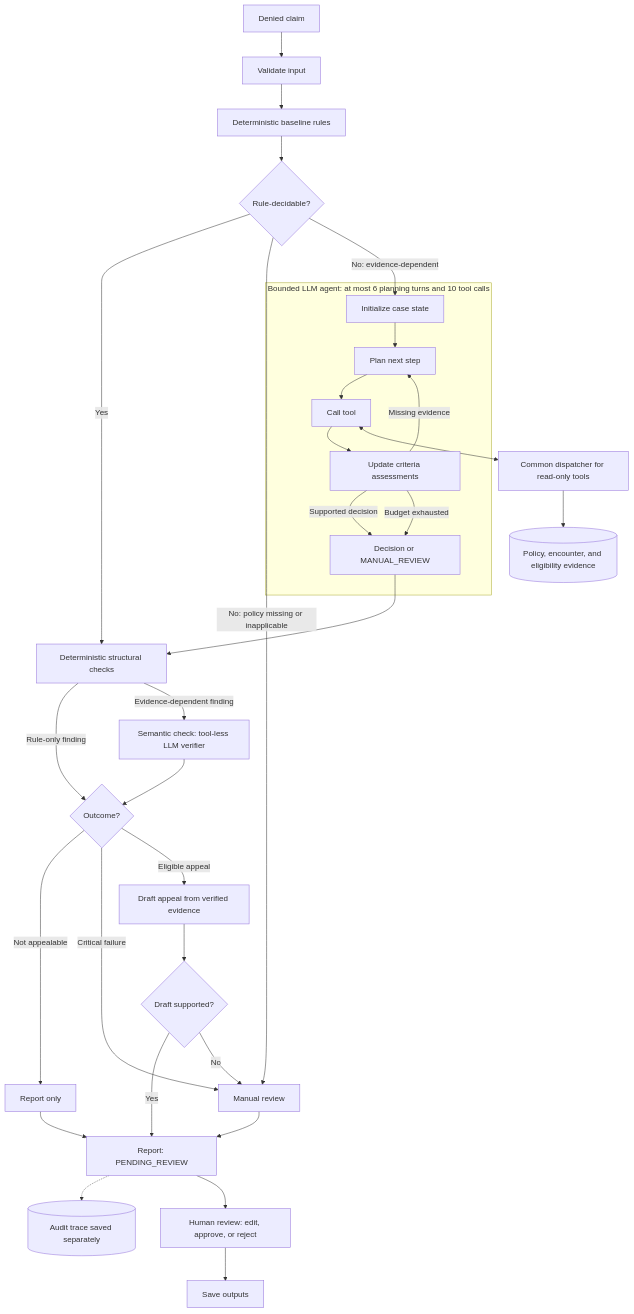
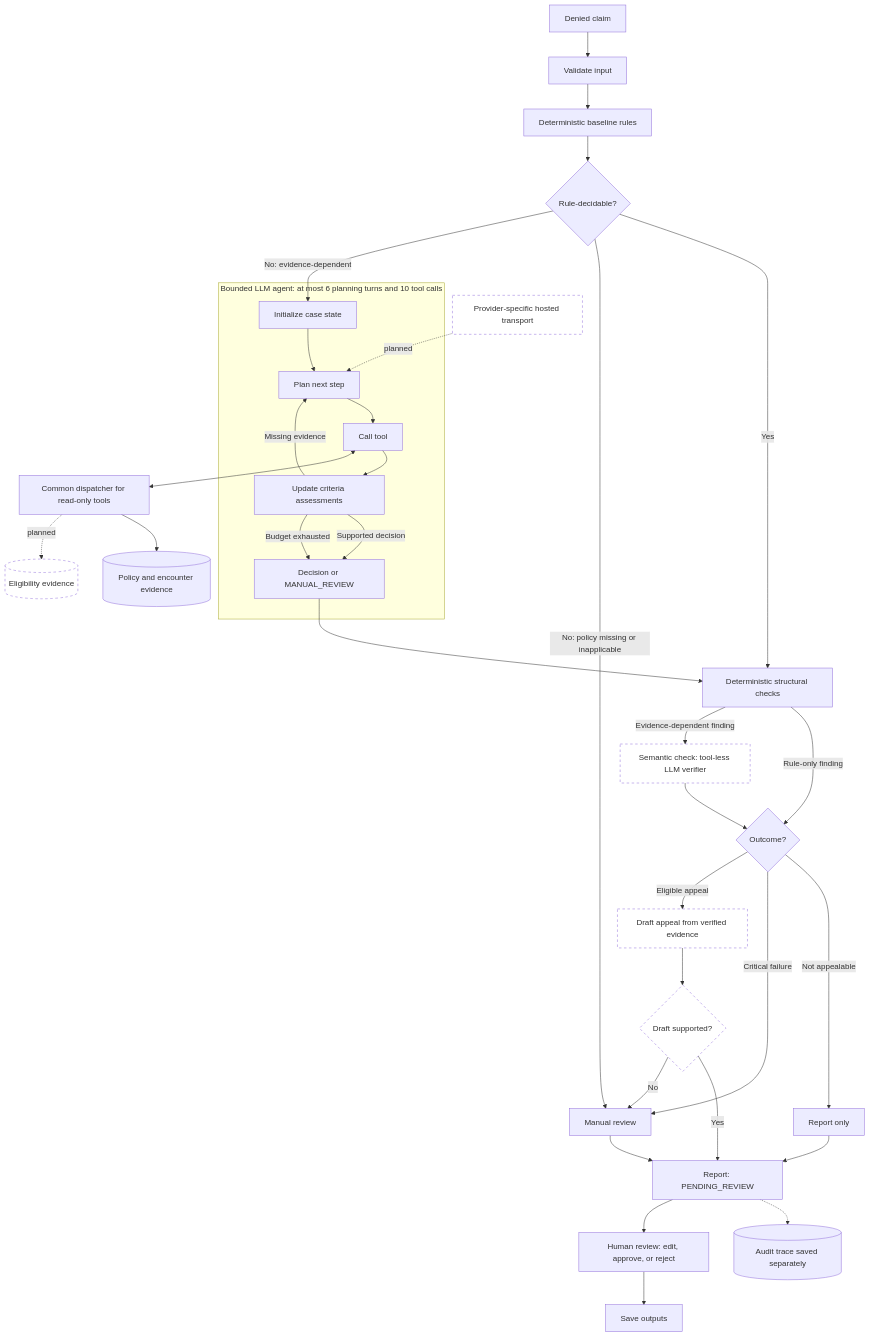
Before and after one commit to hridaypradhan/claim-denial-triage-agent: the diagram in README.md, drawn with Mermaid. The commit also changed other lines of this file and 7 other files, not shown here.

````diff
--- a/README.md
+++ b/README.md
@@ -22,37 +24,43 @@
 ```mermaid
 flowchart TD
     A[Denied claim] --> B[Validate input]
     B --> C[Deterministic baseline rules]
     C --> D{Rule-decidable?}
     D -- Yes --> S[Deterministic structural checks]
     D -- "No: policy missing or inapplicable" --> J[Manual review]
     D -- "No: evidence-dependent" --> E[Initialize case state]
 
     subgraph Agent["Bounded LLM agent: at most 6 planning turns and 10 tool calls"]
         E --> P[Plan next step]
         P --> T[Call tool]
         T --> U[Update criteria assessments]
         U -- Missing evidence --> P
         U -- Supported decision --> R[Decision or MANUAL_REVIEW]
         U -- Budget exhausted --> R
     end
 
     T <--> F[Common dispatcher for read-only tools]
-    F --> G[(Policy, encounter, and eligibility evidence)]
+    F --> G[(Policy and encounter evidence)]
+    F -. planned .-> I[(Eligibility evidence)]
 
     R --> S
     S -- Rule-only finding --> O{Outcome?}
     S -- Evidence-dependent finding --> V[Semantic check: tool-less LLM verifier]
     V --> O
     O -- Not appealable --> K[Report only]
     O -- Critical failure --> J
     O -- Eligible appeal --> W[Draft appeal from verified evidence]
     W --> X{Draft supported?}
     X -- Yes --> L[Report: PENDING_REVIEW]
     X -- No --> J
     K --> L
     J --> L
     L -.-> Q[(Audit trace saved separately)]
     L --> H[Human review: edit, approve, or reject]
     H --> Z[Save outputs]
+
+    M[Provider-specific hosted transport] -. planned .-> P
+
+    classDef planned stroke-dasharray: 5 5,fill:#fff;
+    class I,M,V,W,X planned;
 ```
````
